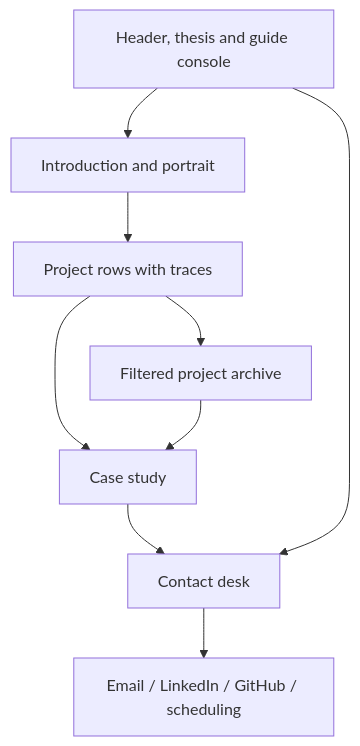
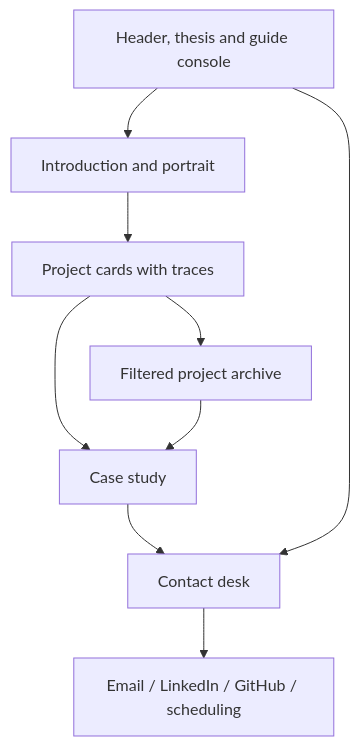
Before and after one commit to y-bakshi/portfolio: the diagram in docs/design/ui-flow.md, drawn with Mermaid. The commit also changed 1 other file, not shown here.

Commit message:
Align docs with project and role cards

````diff
--- a/docs/design/ui-flow.md
+++ b/docs/design/ui-flow.md
@@ -5,11 +5,11 @@
 ```mermaid
 flowchart TD
   Home[Header, thesis and guide console] --> About[Introduction and portrait]
-  About --> Featured[Project rows with traces]
+  About --> Featured[Project cards with traces]
   Featured --> Archive[Filtered project archive]
   Featured --> Case[Case study]
   Archive --> Case
   Case --> Contact[Contact desk]
   Home --> Contact
   Contact --> Choices[Email / LinkedIn / GitHub / scheduling]
 ```
````
